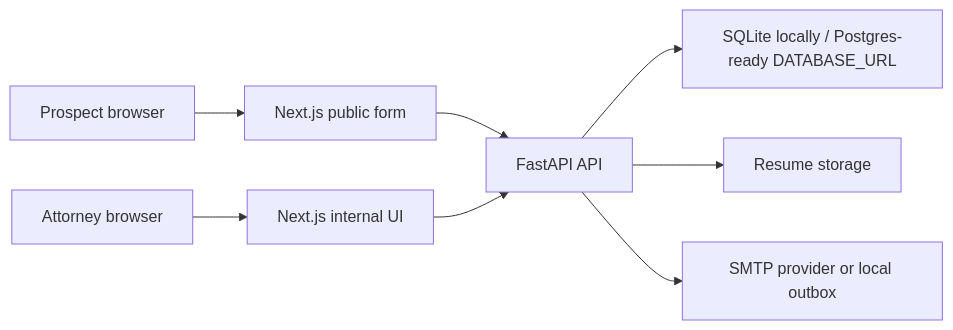
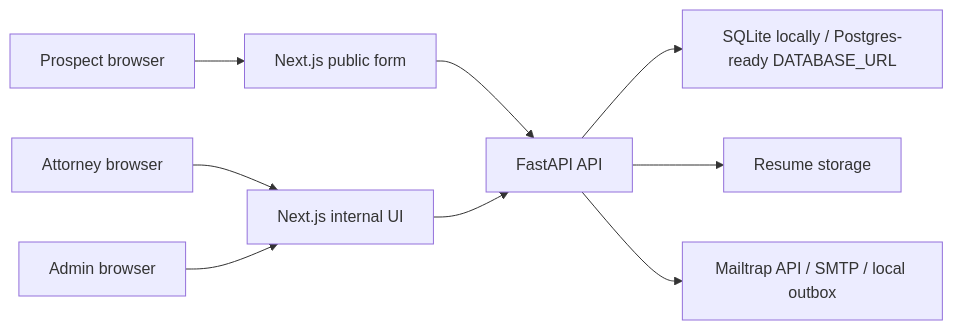
Before and after one commit to hanwensong2023-arch/lead-intake-crm: the diagram in docs/SYSTEM_DESIGN.md, drawn with Mermaid. The commit also changed other lines of this file and 36 other files, not shown here.

Commit message:
Add attorney approval and Mailtrap sandbox flow

````diff
--- a/docs/SYSTEM_DESIGN.md
+++ b/docs/SYSTEM_DESIGN.md
@@ -9,10 +9,11 @@
 ```mermaid
 flowchart LR
   Prospect["Prospect browser"] --> NextPublic["Next.js public form"]
   Attorney["Attorney browser"] --> NextInternal["Next.js internal UI"]
+  Admin["Admin browser"] --> NextInternal
   NextPublic --> FastAPI["FastAPI API"]
   NextInternal --> FastAPI
   FastAPI --> DB["SQLite locally / Postgres-ready DATABASE_URL"]
   FastAPI --> Files["Resume storage"]
-  FastAPI --> Email["SMTP provider or local outbox"]
+  FastAPI --> Email["Mailtrap API / SMTP / local outbox"]
 ```
````
